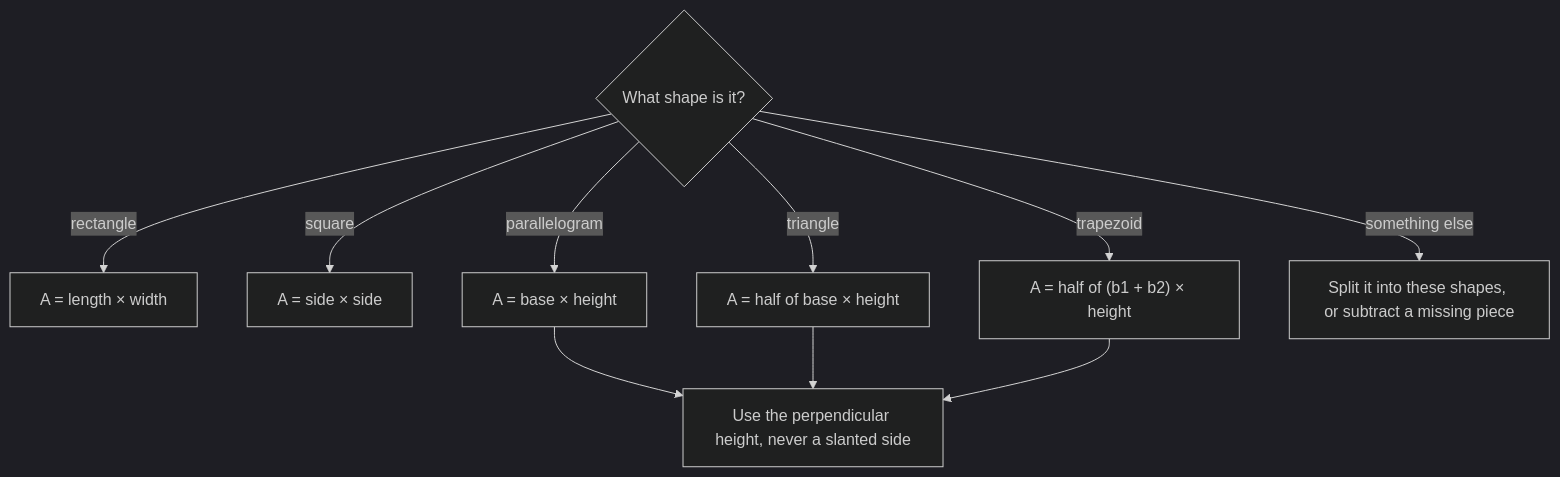
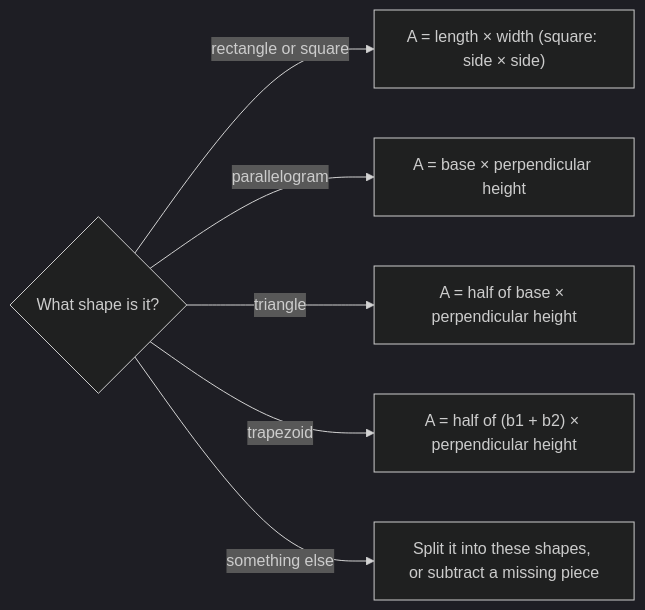
Before and after one commit to Aziliz/erudior: the diagram in content/math/prealgebra/lessons/32-area.md, drawn with Mermaid (dark theme). The commit also changed 107 other files, not shown here.

````diff
--- a/content/math/prealgebra/lessons/32-area.md
+++ b/content/math/prealgebra/lessons/32-area.md
@@ -86,15 +86,11 @@
 ```mermaid
-flowchart TD
+flowchart LR
   accTitle: Choosing an area formula
-  accDescr: First ask what shape it is. A rectangle uses length times width. A square uses side times side. A parallelogram uses base times height. A triangle uses half of base times height. A trapezoid uses half the sum of the two bases times the height. Any other shape is split into these shapes, or a missing piece is subtracted from a larger shape. For the parallelogram, triangle and trapezoid, the height must be the perpendicular height, never a slanted side.
+  accDescr: First ask what shape it is. A rectangle uses length times width, and a square side times side. A parallelogram uses base times perpendicular height. A triangle uses half of base times perpendicular height. A trapezoid uses half the sum of the two bases times the perpendicular height. Any other shape is split into these shapes, or a missing piece is subtracted from a larger shape.
   Q{"What shape is it?"}
-  Q -- "rectangle" --> R["A = length × width"]
-  Q -- "square" --> S["A = side × side"]
-  Q -- "parallelogram" --> P["A = base × height"]
-  Q -- "triangle" --> T["A = half of base × height"]
-  Q -- "trapezoid" --> Z["A = half of (b1 + b2) × height"]
+  Q -- "rectangle or square" --> R["A = length × width (square: side × side)"]
+  Q -- "parallelogram" --> P["A = base × perpendicular height"]
+  Q -- "triangle" --> T["A = half of base × perpendicular height"]
+  Q -- "trapezoid" --> Z["A = half of (b1 + b2) × perpendicular height"]
   Q -- "something else" --> C["Split it into these shapes, or subtract a missing piece"]
-  P --> H["Use the perpendicular height, never a slanted side"]
-  T --> H
-  Z --> H
 ```
````
